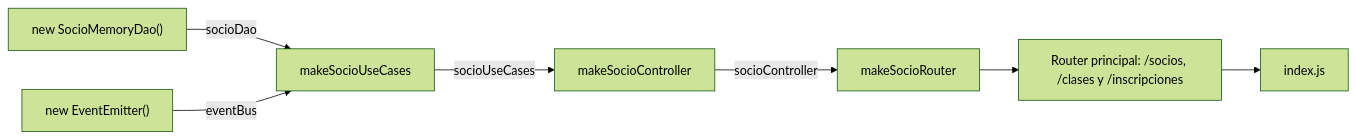
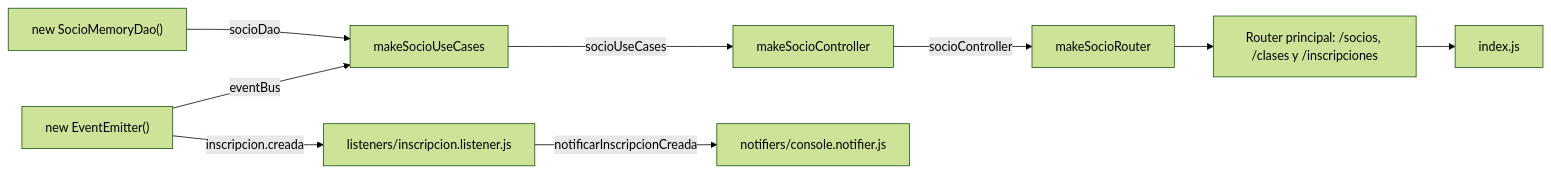
One commit to SolVaccaro93/TP2-TRABAJO-FINAL changed the second of 2 diagrams in docs/arquitectura.md. Above: the diagram before and after it, drawn with Mermaid (forest theme). The commit also changed other lines of this file and 4 other files, not shown here.

````diff
--- a/docs/arquitectura.md
+++ b/docs/arquitectura.md
@@ -58,16 +58,20 @@
 ```mermaid
 flowchart LR
     dao["new SocioMemoryDao()"]
     eventBus["new EventEmitter()"]
     usecases["makeSocioUseCases"]
+    listener["listeners/inscripcion.listener.js"]
+    notifier["notifiers/console.notifier.js"]
     controller["makeSocioController"]
     router["makeSocioRouter"]
     principal["Router principal: /socios, /clases y /inscripciones"]
     index["index.js"]
 
     dao -- "socioDao" --> usecases
     eventBus -- "eventBus" --> usecases
+    eventBus -- "inscripcion.creada" --> listener
+    listener -- "notificarInscripcionCreada" --> notifier
     usecases -- "socioUseCases" --> controller
     controller -- "socioController" --> router
     router --> principal --> index
 ```
````
